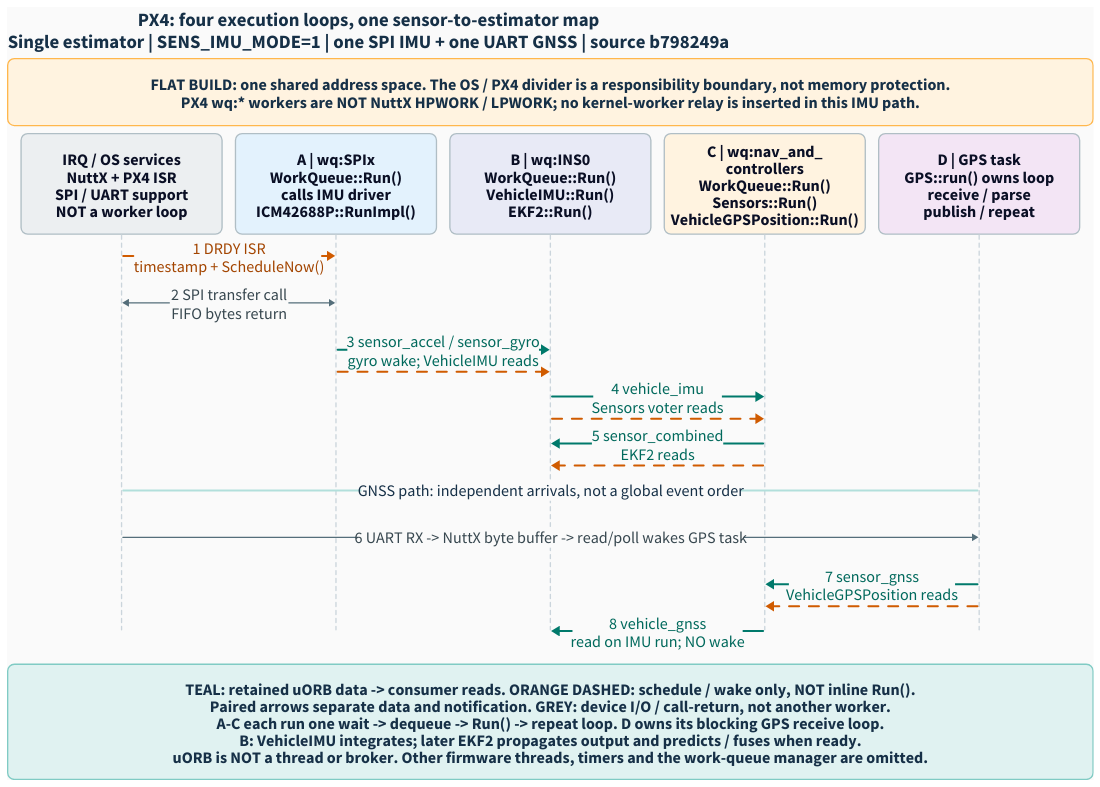
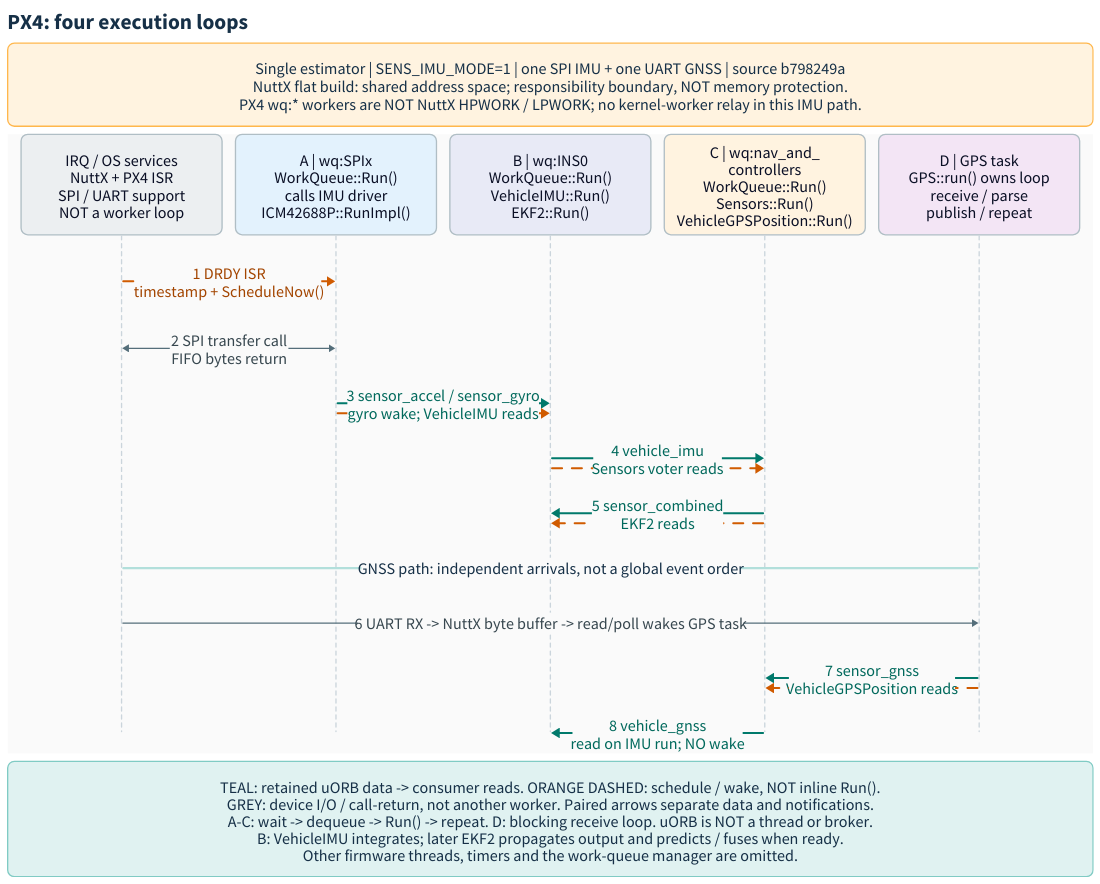
Before and after one commit to yongkyuns/EmbeddedRust: the diagram in docs/references/px4/diagrams/execution-map.d2, drawn with D2. The commit also changed 15 other files, not shown here.

Commit message:
docs: qualify all three PX4 diagram layouts and routing

```diff
--- a/docs/references/px4/diagrams/execution-map.d2
+++ b/docs/references/px4/diagrams/execution-map.d2
@@ -2,26 +2,26 @@
 # Source snapshot: b798249a61af32c355d95decd2805a6ab4e9d9f1.
 # NuttX flat build, SENS_IMU_MODE=1, one SPI IMU and one UART GNSS.
 # A compact grid keeps the four loop columns aligned; invisible anchor cells
-# route straight connections without an embedded image or hand-edited SVG.
+# route straight connections; route_svg.py places labels above the arrows.
 # IMU and GNSS paths are independent, not a single global event ordering.
 vars: {d2-config: {layout-engine: elk; theme-id: 0}}
 grid-rows: 4
 vertical-gap: 12
-style: {fill: "#FAFAFA"; font-size: 24}
+style: {fill: "#FFFFFF"; font-size: 24; bold: false}
 classes: {
   data: {style: {stroke: "#00796B"; font-color: "#00695C"; stroke-width: 3; font-size: 24; italic: false}}
   wake: {style: {stroke: "#D05B00"; font-color: "#A34500"; stroke-dash: 5; stroke-width: 3; font-size: 24; italic: false}}
   device: {style: {stroke: "#546E7A"; font-color: "#37474F"; stroke-width: 2; font-size: 24; italic: false}}
-  actor: {width: 300; height: 150; style: {fill: "#E3F2FD"; stroke: "#B0BEC5"; border-radius: 10; font-size: 24}}
-  slot: {width: 300; height: 70; style.opacity: 0}
+  actor: {width: 300; height: 150; style: {fill: "#E3F2FD"; stroke: "#B0BEC5"; border-radius: 10; font-size: 24; bold: false}}
+  slot: {width: 300; height: 82; style.opacity: 0}
   point: {width: 1; height: 1; style.opacity: 0}
 }
-title: "PX4: four execution loops, one sensor-to-estimator map\nSingle estimator | SENS_IMU_MODE=1 | one SPI IMU + one UART GNSS | source b798249a" {
+title: "PX4: four execution loops" {
   shape: text
-  style: {font-size: 28; bold: true; font-color: "#163047"}
+  style: {font-size: 32; bold: true; font-color: "#163047"}
 }
-boundary: "FLAT BUILD: one shared address space. The OS / PX4 divider is a responsibility boundary, not memory protection.\nPX4 wq:* workers are NOT NuttX HPWORK / LPWORK; no kernel-worker relay is inserted in this IMU path." {
-  style: {fill: "#FFF3E0"; stroke: "#FFB74D"; border-radius: 10; font-size: 24; font-color: "#163047"}
+boundary: "Single estimator | SENS_IMU_MODE=1 | one SPI IMU + one UART GNSS | source b798249a\nNuttX flat build: shared address space; responsibility boundary, NOT memory protection.\nPX4 wq:* workers are NOT NuttX HPWORK / LPWORK; no kernel-worker relay in this IMU path." {
+  style: {fill: "#FFF3E0"; stroke: "#FFB74D"; border-radius: 10; font-size: 24; bold: false; font-color: "#163047"}
 }
 map: "" {
   grid-rows: 10
@@ -36,67 +36,67 @@
   gps: "D | GPS task\nGPS::run() owns loop\nreceive / parse\npublish / repeat" {class: actor; style.fill: "#F3E5F5"}
 
   # drdy: OS | SPI worker | INS0 worker | navigation worker | GPS task
-  drdy_os: "" {class: slot; grid-rows: 2; grid-gap: 32; p: "" {class: point}; wake: "" {class: point}}
-  drdy_spi: "" {class: slot; grid-rows: 2; grid-gap: 32; p: "" {class: point}; wake: "" {class: point}}
-  drdy_ins: "" {class: slot; grid-rows: 2; grid-gap: 32; p: "" {class: point}; wake: "" {class: point}}
-  drdy_nav: "" {class: slot; grid-rows: 2; grid-gap: 32; p: "" {class: point}; wake: "" {class: point}}
-  drdy_gps: "" {class: slot; grid-rows: 2; grid-gap: 32; p: "" {class: point}; wake: "" {class: point}}
+  drdy_os: "" {class: slot; height: 118; grid-rows: 3; grid-gap: 14; pad: "" { width: 1; height: 22; style.opacity: 0 }; p: "" {class: point}; wake: "" {class: point}}
+  drdy_spi: "" {class: slot; height: 118; grid-rows: 3; grid-gap: 14; pad: "" { width: 1; height: 22; style.opacity: 0 }; p: "" {class: point}; wake: "" {class: point}}
+  drdy_ins: "" {class: slot; height: 118; grid-rows: 3; grid-gap: 14; pad: "" { width: 1; height: 22; style.opacity: 0 }; p: "" {class: point}; wake: "" {class: point}}
+  drdy_nav: "" {class: slot; height: 118; grid-rows: 3; grid-gap: 14; pad: "" { width: 1; height: 22; style.opacity: 0 }; p: "" {class: point}; wake: "" {class: point}}
+  drdy_gps: "" {class: slot; height: 118; grid-rows: 3; grid-gap: 14; pad: "" { width: 1; height: 22; style.opacity: 0 }; p: "" {class: point}; wake: "" {class: point}}
 
   # spi_io: OS | SPI worker | INS0 worker | navigation worker | GPS task
-  spi_io_os: "" {class: slot; grid-rows: 2; grid-gap: 32; p: "" {class: point}; wake: "" {class: point}}
-  spi_io_spi: "" {class: slot; grid-rows: 2; grid-gap: 32; p: "" {class: point}; wake: "" {class: point}}
-  spi_io_ins: "" {class: slot; grid-rows: 2; grid-gap: 32; p: "" {class: point}; wake: "" {class: point}}
-  spi_io_nav: "" {class: slot; grid-rows: 2; grid-gap: 32; p: "" {class: point}; wake: "" {class: point}}
-  spi_io_gps: "" {class: slot; grid-rows: 2; grid-gap: 32; p: "" {class: point}; wake: "" {class: point}}
+  spi_io_os: "" {class: slot; grid-rows: 3; grid-gap: 14; pad: "" { width: 1; height: 22; style.opacity: 0 }; p: "" {class: point}; wake: "" {class: point}}
+  spi_io_spi: "" {class: slot; grid-rows: 3; grid-gap: 14; pad: "" { width: 1; height: 22; style.opacity: 0 }; p: "" {class: point}; wake: "" {class: point}}
+  spi_io_ins: "" {class: slot; grid-rows: 3; grid-gap: 14; pad: "" { width: 1; height: 22; style.opacity: 0 }; p: "" {class: point}; wake: "" {class: point}}
+  spi_io_nav: "" {class: slot; grid-rows: 3; grid-gap: 14; pad: "" { width: 1; height: 22; style.opacity: 0 }; p: "" {class: point}; wake: "" {class: point}}
+  spi_io_gps: "" {class: slot; grid-rows: 3; grid-gap: 14; pad: "" { width: 1; height: 22; style.opacity: 0 }; p: "" {class: point}; wake: "" {class: point}}
 
   # raw: OS | SPI worker | INS0 worker | navigation worker | GPS task
-  raw_os: "" {class: slot; grid-rows: 2; grid-gap: 32; p: "" {class: point}; wake: "" {class: point}}
-  raw_spi: "" {class: slot; grid-rows: 2; grid-gap: 32; p: "" {class: point}; wake: "" {class: point}}
-  raw_ins: "" {class: slot; grid-rows: 2; grid-gap: 32; p: "" {class: point}; wake: "" {class: point}}
-  raw_nav: "" {class: slot; grid-rows: 2; grid-gap: 32; p: "" {class: point}; wake: "" {class: point}}
-  raw_gps: "" {class: slot; grid-rows: 2; grid-gap: 32; p: "" {class: point}; wake: "" {class: point}}
+  raw_os: "" {class: slot; grid-rows: 3; grid-gap: 14; pad: "" { width: 1; height: 22; style.opacity: 0 }; p: "" {class: point}; wake: "" {class: point}}
+  raw_spi: "" {class: slot; grid-rows: 3; grid-gap: 14; pad: "" { width: 1; height: 22; style.opacity: 0 }; p: "" {class: point}; wake: "" {class: point}}
+  raw_ins: "" {class: slot; grid-rows: 3; grid-gap: 14; pad: "" { width: 1; height: 22; style.opacity: 0 }; p: "" {class: point}; wake: "" {class: point}}
+  raw_nav: "" {class: slot; grid-rows: 3; grid-gap: 14; pad: "" { width: 1; height: 22; style.opacity: 0 }; p: "" {class: point}; wake: "" {class: point}}
+  raw_gps: "" {class: slot; grid-rows: 3; grid-gap: 14; pad: "" { width: 1; height: 22; style.opacity: 0 }; p: "" {class: point}; wake: "" {class: point}}
 
   # integrated: OS | SPI worker | INS0 worker | navigation worker | GPS task
-  integrated_os: "" {class: slot; grid-rows: 2; grid-gap: 32; p: "" {class: point}; wake: "" {class: point}}
-  integrated_spi: "" {class: slot; grid-rows: 2; grid-gap: 32; p: "" {class: point}; wake: "" {class: point}}
-  integrated_ins: "" {class: slot; grid-rows: 2; grid-gap: 32; p: "" {class: point}; wake: "" {class: point}}
-  integrated_nav: "" {class: slot; grid-rows: 2; grid-gap: 32; p: "" {class: point}; wake: "" {class: point}}
-  integrated_gps: "" {class: slot; grid-rows: 2; grid-gap: 32; p: "" {class: point}; wake: "" {class: point}}
+  integrated_os: "" {class: slot; grid-rows: 3; grid-gap: 14; pad: "" { width: 1; height: 22; style.opacity: 0 }; p: "" {class: point}; wake: "" {class: point}}
+  integrated_spi: "" {class: slot; grid-rows: 3; grid-gap: 14; pad: "" { width: 1; height: 22; style.opacity: 0 }; p: "" {class: point}; wake: "" {class: point}}
+  integrated_ins: "" {class: slot; grid-rows: 3; grid-gap: 14; pad: "" { width: 1; height: 22; style.opacity: 0 }; p: "" {class: point}; wake: "" {class: point}}
+  integrated_nav: "" {class: slot; grid-rows: 3; grid-gap: 14; pad: "" { width: 1; height: 22; style.opacity: 0 }; p: "" {class: point}; wake: "" {class: point}}
+  integrated_gps: "" {class: slot; grid-rows: 3; grid-gap: 14; pad: "" { width: 1; height: 22; style.opacity: 0 }; p: "" {class: point}; wake: "" {class: point}}
 
   # selected: OS | SPI worker | INS0 worker | navigation worker | GPS task
-  selected_os: "" {class: slot; grid-rows: 2; grid-gap: 32; p: "" {class: point}; wake: "" {class: point}}
-  selected_spi: "" {class: slot; grid-rows: 2; grid-gap: 32; p: "" {class: point}; wake: "" {class: point}}
-  selected_ins: "" {class: slot; grid-rows: 2; grid-gap: 32; p: "" {class: point}; wake: "" {class: point}}
-  selected_nav: "" {class: slot; grid-rows: 2; grid-gap: 32; p: "" {class: point}; wake: "" {class: point}}
-  selected_gps: "" {class: slot; grid-rows: 2; grid-gap: 32; p: "" {class: point}; wake: "" {class: point}}
+  selected_os: "" {class: slot; grid-rows: 3; grid-gap: 14; pad: "" { width: 1; height: 22; style.opacity: 0 }; p: "" {class: point}; wake: "" {class: point}}
+  selected_spi: "" {class: slot; grid-rows: 3; grid-gap: 14; pad: "" { width: 1; height: 22; style.opacity: 0 }; p: "" {class: point}; wake: "" {class: point}}
+  selected_ins: "" {class: slot; grid-rows: 3; grid-gap: 14; pad: "" { width: 1; height: 22; style.opacity: 0 }; p: "" {class: point}; wake: "" {class: point}}
+  selected_nav: "" {class: slot; grid-rows: 3; grid-gap: 14; pad: "" { width: 1; height: 22; style.opacity: 0 }; p: "" {class: point}; wake: "" {class: point}}
+  selected_gps: "" {class: slot; grid-rows: 3; grid-gap: 14; pad: "" { width: 1; height: 22; style.opacity: 0 }; p: "" {class: point}; wake: "" {class: point}}
 
   # split: OS | SPI worker | INS0 worker | navigation worker | GPS task
-  split_os: "" {class: slot; grid-rows: 2; grid-gap: 32; p: "" {class: point}; wake: "" {class: point}}
-  split_spi: "" {class: slot; grid-rows: 2; grid-gap: 32; p: "" {class: point}; wake: "" {class: point}}
-  split_ins: "" {class: slot; grid-rows: 2; grid-gap: 32; p: "" {class: point}; wake: "" {class: point}}
-  split_nav: "" {class: slot; grid-rows: 2; grid-gap: 32; p: "" {class: point}; wake: "" {class: point}}
-  split_gps: "" {class: slot; grid-rows: 2; grid-gap: 32; p: "" {class: point}; wake: "" {class: point}}
+  split_os: "" {class: slot; grid-rows: 3; grid-gap: 14; pad: "" { width: 1; height: 22; style.opacity: 0 }; p: "" {class: point}; wake: "" {class: point}}
+  split_spi: "" {class: slot; grid-rows: 3; grid-gap: 14; pad: "" { width: 1; height: 22; style.opacity: 0 }; p: "" {class: point}; wake: "" {class: point}}
+  split_ins: "" {class: slot; grid-rows: 3; grid-gap: 14; pad: "" { width: 1; height: 22; style.opacity: 0 }; p: "" {class: point}; wake: "" {class: point}}
+  split_nav: "" {class: slot; grid-rows: 3; grid-gap: 14; pad: "" { width: 1; height: 22; style.opacity: 0 }; p: "" {class: point}; wake: "" {class: point}}
+  split_gps: "" {class: slot; grid-rows: 3; grid-gap: 14; pad: "" { width: 1; height: 22; style.opacity: 0 }; p: "" {class: point}; wake: "" {class: point}}
 
   # uart: OS | SPI worker | INS0 worker | navigation worker | GPS task
-  uart_os: "" {class: slot; grid-rows: 2; grid-gap: 32; p: "" {class: point}; wake: "" {class: point}}
-  uart_spi: "" {class: slot; grid-rows: 2; grid-gap: 32; p: "" {class: point}; wake: "" {class: point}}
-  uart_ins: "" {class: slot; grid-rows: 2; grid-gap: 32; p: "" {class: point}; wake: "" {class: point}}
-  uart_nav: "" {class: slot; grid-rows: 2; grid-gap: 32; p: "" {class: point}; wake: "" {class: point}}
-  uart_gps: "" {class: slot; grid-rows: 2; grid-gap: 32; p: "" {class: point}; wake: "" {class: point}}
+  uart_os: "" {class: slot; grid-rows: 3; grid-gap: 14; pad: "" { width: 1; height: 22; style.opacity: 0 }; p: "" {class: point}; wake: "" {class: point}}
+  uart_spi: "" {class: slot; grid-rows: 3; grid-gap: 14; pad: "" { width: 1; height: 22; style.opacity: 0 }; p: "" {class: point}; wake: "" {class: point}}
+  uart_ins: "" {class: slot; grid-rows: 3; grid-gap: 14; pad: "" { width: 1; height: 22; style.opacity: 0 }; p: "" {class: point}; wake: "" {class: point}}
+  uart_nav: "" {class: slot; grid-rows: 3; grid-gap: 14; pad: "" { width: 1; height: 22; style.opacity: 0 }; p: "" {class: point}; wake: "" {class: point}}
+  uart_gps: "" {class: slot; grid-rows: 3; grid-gap: 14; pad: "" { width: 1; height: 22; style.opacity: 0 }; p: "" {class: point}; wake: "" {class: point}}
 
   # gnss_raw: OS | SPI worker | INS0 worker | navigation worker | GPS task
-  gnss_raw_os: "" {class: slot; grid-rows: 2; grid-gap: 32; p: "" {class: point}; wake: "" {class: point}}
-  gnss_raw_spi: "" {class: slot; grid-rows: 2; grid-gap: 32; p: "" {class: point}; wake: "" {class: point}}
-  gnss_raw_ins: "" {class: slot; grid-rows: 2; grid-gap: 32; p: "" {class: point}; wake: "" {class: point}}
-  gnss_raw_nav: "" {class: slot; grid-rows: 2; grid-gap: 32; p: "" {class: point}; wake: "" {class: point}}
-  gnss_raw_gps: "" {class: slot; grid-rows: 2; grid-gap: 32; p: "" {class: point}; wake: "" {class: point}}
+  gnss_raw_os: "" {class: slot; grid-rows: 3; grid-gap: 14; pad: "" { width: 1; height: 22; style.opacity: 0 }; p: "" {class: point}; wake: "" {class: point}}
+  gnss_raw_spi: "" {class: slot; grid-rows: 3; grid-gap: 14; pad: "" { width: 1; height: 22; style.opacity: 0 }; p: "" {class: point}; wake: "" {class: point}}
+  gnss_raw_ins: "" {class: slot; grid-rows: 3; grid-gap: 14; pad: "" { width: 1; height: 22; style.opacity: 0 }; p: "" {class: point}; wake: "" {class: point}}
+  gnss_raw_nav: "" {class: slot; grid-rows: 3; grid-gap: 14; pad: "" { width: 1; height: 22; style.opacity: 0 }; p: "" {class: point}; wake: "" {class: point}}
+  gnss_raw_gps: "" {class: slot; grid-rows: 3; grid-gap: 14; pad: "" { width: 1; height: 22; style.opacity: 0 }; p: "" {class: point}; wake: "" {class: point}}
 
   # gnss_selected: OS | SPI worker | INS0 worker | navigation worker | GPS task
-  gnss_selected_os: "" {class: slot; grid-rows: 2; grid-gap: 32; p: "" {class: point}; wake: "" {class: point}}
-  gnss_selected_spi: "" {class: slot; grid-rows: 2; grid-gap: 32; p: "" {class: point}; wake: "" {class: point}}
-  gnss_selected_ins: "" {class: slot; grid-rows: 2; grid-gap: 32; p: "" {class: point}; wake: "" {class: point}}
-  gnss_selected_nav: "" {class: slot; grid-rows: 2; grid-gap: 32; p: "" {class: point}; wake: "" {class: point}}
-  gnss_selected_gps: "" {class: slot; grid-rows: 2; grid-gap: 32; p: "" {class: point}; wake: "" {class: point}}
+  gnss_selected_os: "" {class: slot; grid-rows: 3; grid-gap: 14; pad: "" { width: 1; height: 22; style.opacity: 0 }; p: "" {class: point}; wake: "" {class: point}}
+  gnss_selected_spi: "" {class: slot; grid-rows: 3; grid-gap: 14; pad: "" { width: 1; height: 22; style.opacity: 0 }; p: "" {class: point}; wake: "" {class: point}}
+  gnss_selected_ins: "" {class: slot; grid-rows: 3; grid-gap: 14; pad: "" { width: 1; height: 22; style.opacity: 0 }; p: "" {class: point}; wake: "" {class: point}}
+  gnss_selected_nav: "" {class: slot; grid-rows: 3; grid-gap: 14; pad: "" { width: 1; height: 22; style.opacity: 0 }; p: "" {class: point}; wake: "" {class: point}}
+  gnss_selected_gps: "" {class: slot; grid-rows: 3; grid-gap: 14; pad: "" { width: 1; height: 22; style.opacity: 0 }; p: "" {class: point}; wake: "" {class: point}}
   os -- gnss_selected_os.p: {style: {stroke: "#CBD5DC"; stroke-dash: 3; stroke-width: 2}}
   spi -- gnss_selected_spi.p: {style: {stroke: "#CBD5DC"; stroke-dash: 3; stroke-width: 2}}
   ins -- gnss_selected_ins.p: {style: {stroke: "#CBD5DC"; stroke-dash: 3; stroke-width: 2}}
@@ -120,6 +120,6 @@
   gnss_raw_gps.wake -> gnss_raw_nav.wake: {class: wake}
   gnss_selected_nav.p -> gnss_selected_ins.p: "8  vehicle_gnss\nread on IMU run; NO wake" {class: data}
 }
-legend: "TEAL: retained uORB data -> consumer reads. ORANGE DASHED: schedule / wake only, NOT inline Run().\nPaired arrows separate data and notification. GREY: device I/O / call-return, not another worker.\nA-C each run one wait -> dequeue -> Run() -> repeat loop. D owns its blocking GPS receive loop.\nB: VehicleIMU integrates; later EKF2 propagates output and predicts / fuses when ready.\nuORB is NOT a thread or broker. Other firmware threads, timers and the work-queue manager are omitted." {
-  style: {fill: "#E0F2F1"; stroke: "#80CBC4"; border-radius: 10; font-size: 24; font-color: "#163047"}
+legend: "TEAL: retained uORB data -> consumer reads. ORANGE DASHED: schedule / wake, NOT inline Run().\nGREY: device I/O / call-return, not another worker. Paired arrows separate data and notifications.\nA-C: wait -> dequeue -> Run() -> repeat. D: blocking receive loop. uORB is NOT a thread or broker.\nB: VehicleIMU integrates; later EKF2 propagates output and predicts / fuses when ready.\nOther firmware threads, timers and the work-queue manager are omitted." {
+  style: {fill: "#E0F2F1"; stroke: "#80CBC4"; border-radius: 10; font-size: 24; bold: false; font-color: "#163047"}
 }
```
